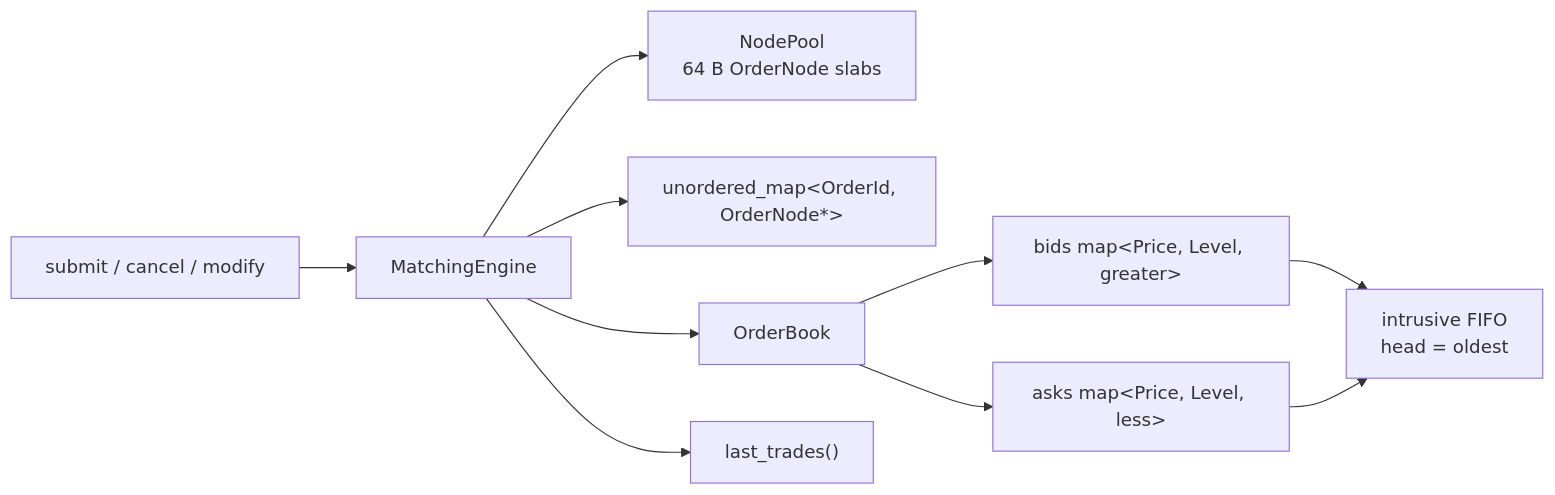
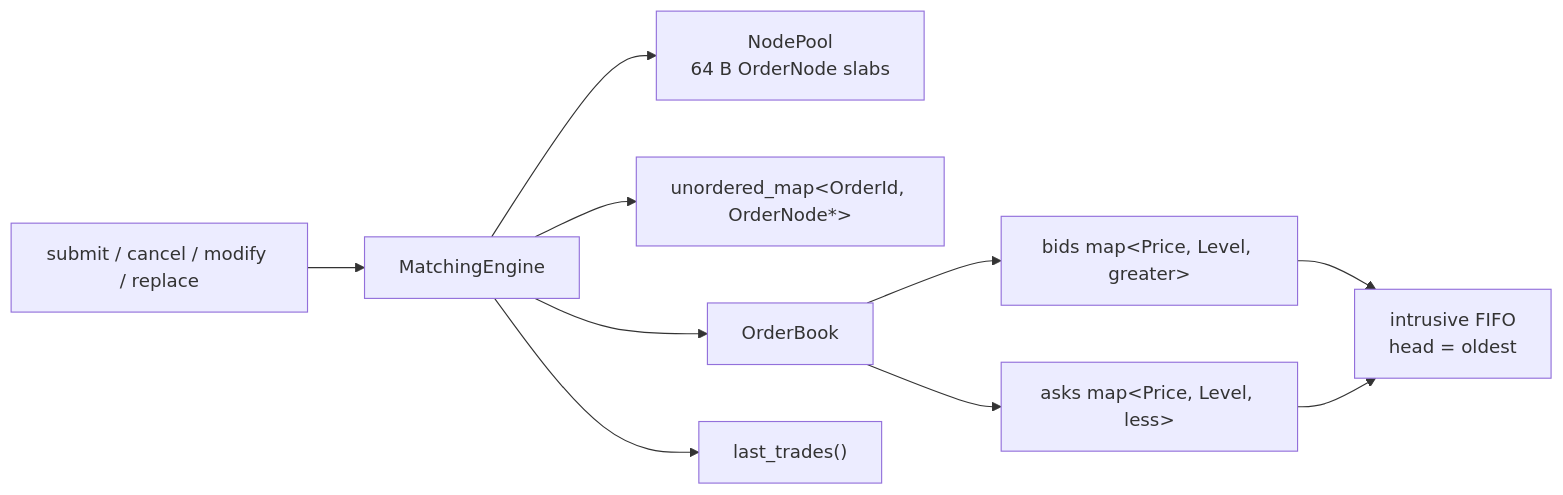
The diagram in README.md (taiyuz/cpp-limit-order-book), drawn with Mermaid before and after one commit. The commit also changed other lines of this file and 1 other file, not shown here.

Commit message:
docs: mention replace in README and contribution scope

````diff
--- a/README.md
+++ b/README.md
@@ -16,12 +16,12 @@
 ```mermaid
 flowchart LR
-  Client["submit / cancel / modify"] --> Engine["MatchingEngine"]
+  Client["submit / cancel / modify / replace"] --> Engine["MatchingEngine"]
   Engine --> Pool["NodePool<br/>64 B OrderNode slabs"]
   Engine --> Index["unordered_map&lt;OrderId, OrderNode*&gt;"]
   Engine --> Book["OrderBook"]
   Book --> Bids["bids map&lt;Price, Level, greater&gt;"]
   Book --> Asks["asks map&lt;Price, Level, less&gt;"]
   Bids --> FIFO["intrusive FIFO<br/>head = oldest"]
   Asks --> FIFO
   Engine --> Trades["last_trades()"]
 ```
````
